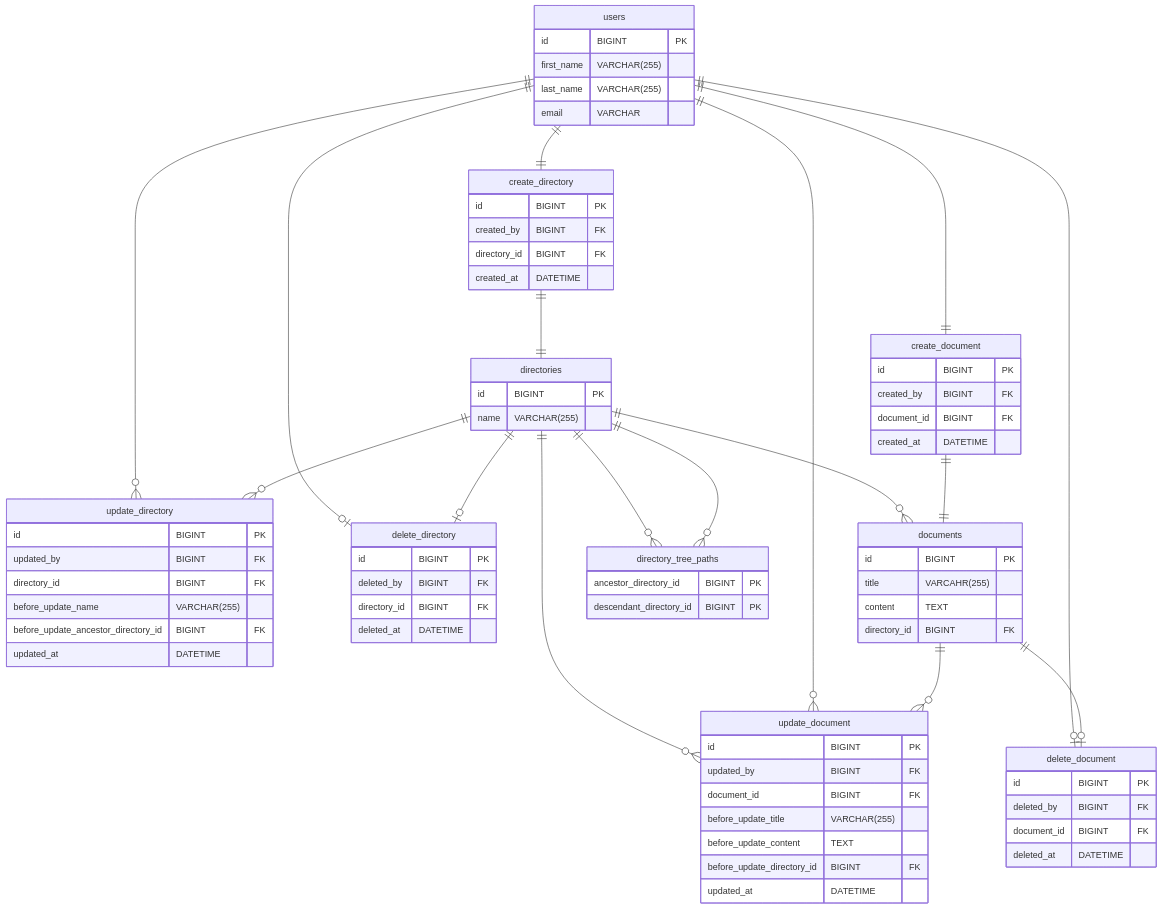
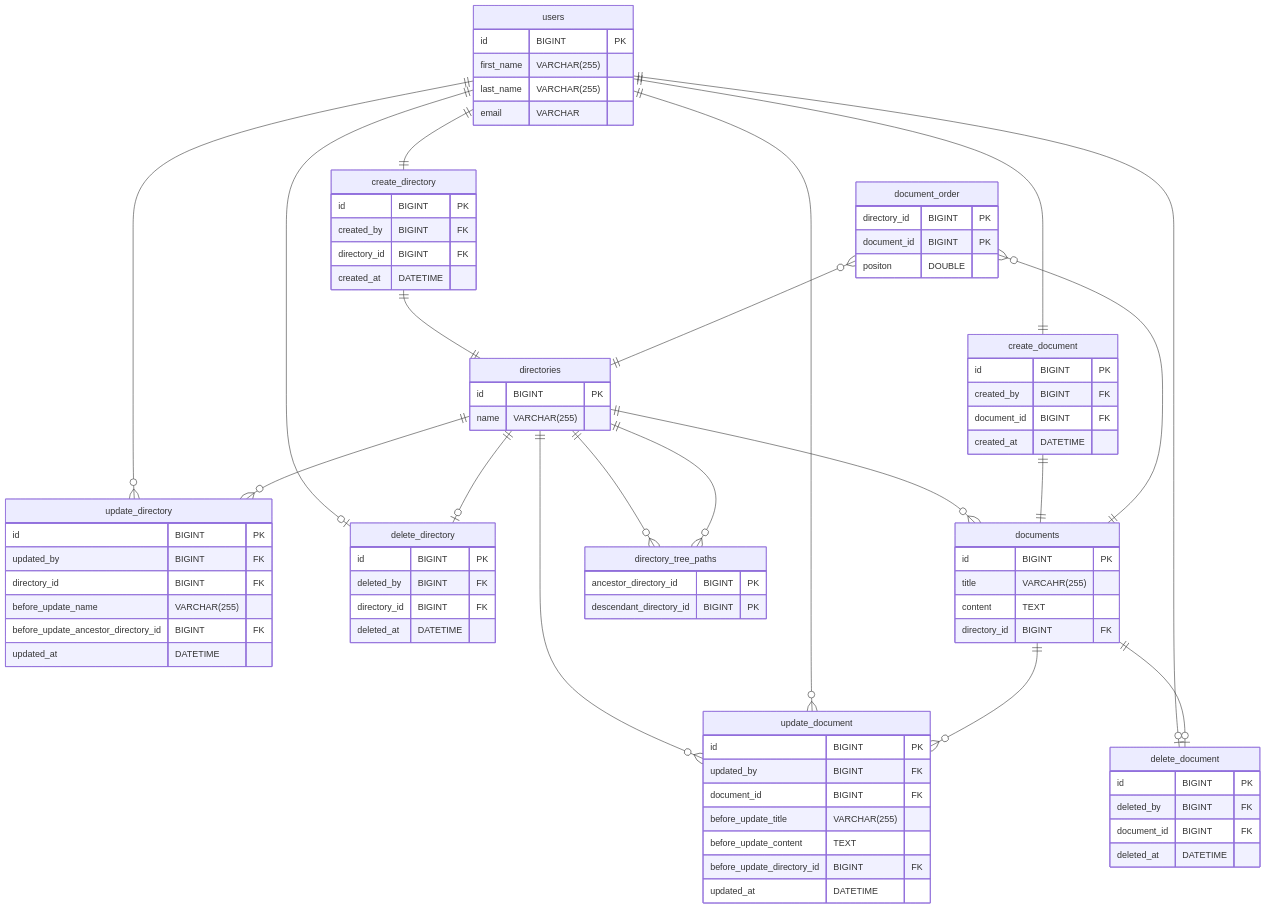
Before and after one commit to praha-inc/praha-challenge-7: the diagram in I84PdeRyF2ApGF/db_modeling03/er_diagram.md, drawn with Mermaid. The commit also changed 7 other files, not shown here.

```diff
--- a/I84PdeRyF2ApGF/db_modeling03/er_diagram.md
+++ b/I84PdeRyF2ApGF/db_modeling03/er_diagram.md
@@ -23,6 +23,10 @@
 directory_tree_paths }o--|| directories : ""
 directories ||--o{ directory_tree_paths : ""
 
+%% ドキュメントの順番を管理
+document_order }o--|| documents : ""
+document_order }o--|| directories : ""
+
 %% リソース
 %% ユーザー
 users{
@@ -46,10 +50,17 @@
     directory_id BIGINT FK
 }
 
- %% ディレクトリとサブディレクトリの閉包テーブル
+%% ディレクトリとサブディレクトリの閉包テーブル
 directory_tree_paths{
     ancestor_directory_id BIGINT PK
     descendant_directory_id BIGINT PK
+}
+
+%% ドキュメントの順番を管理するテーブル
+document_order{
+    directory_id BIGINT PK
+    document_id BIGINT PK
+    positon DOUBLE
 }
 
 %% イベント
```
